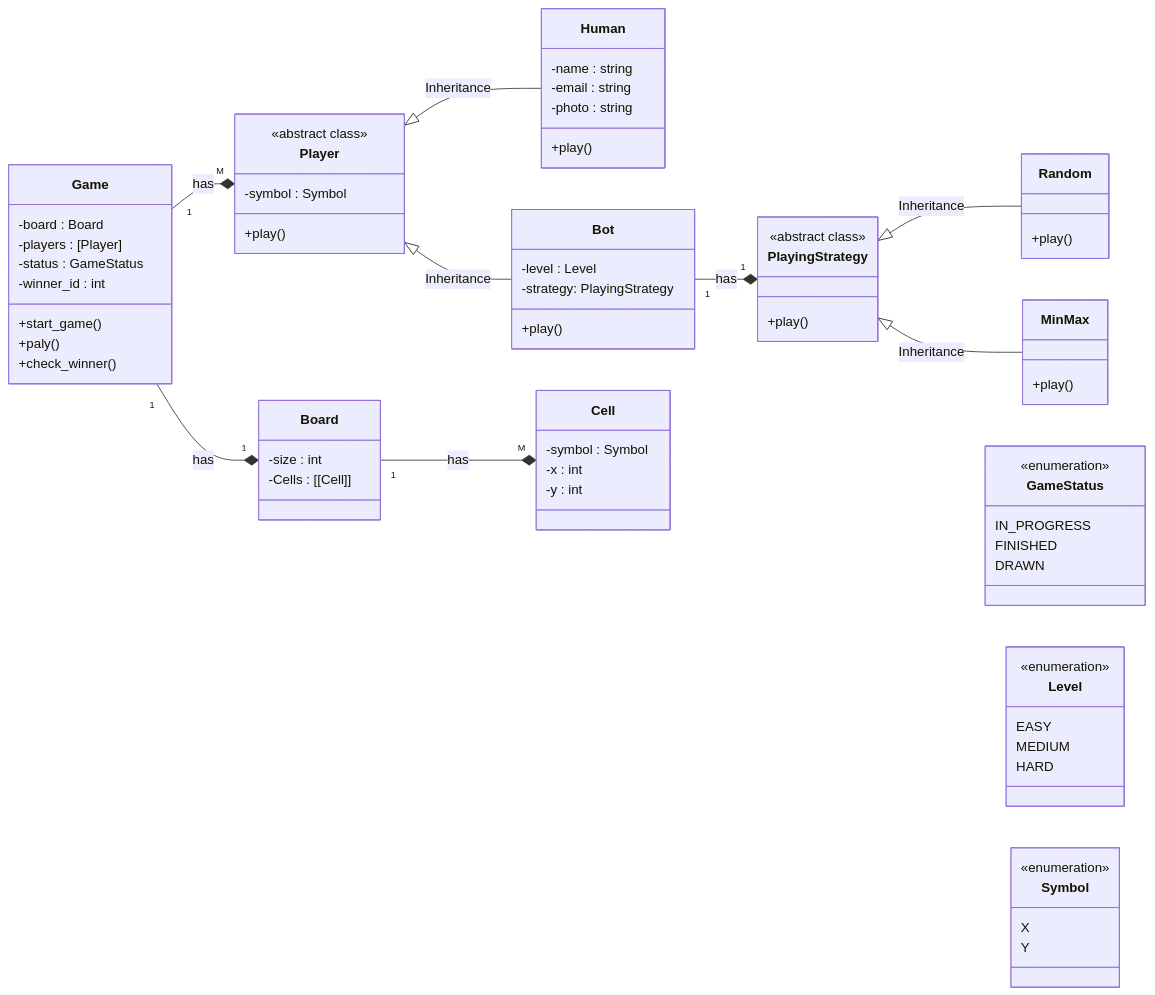
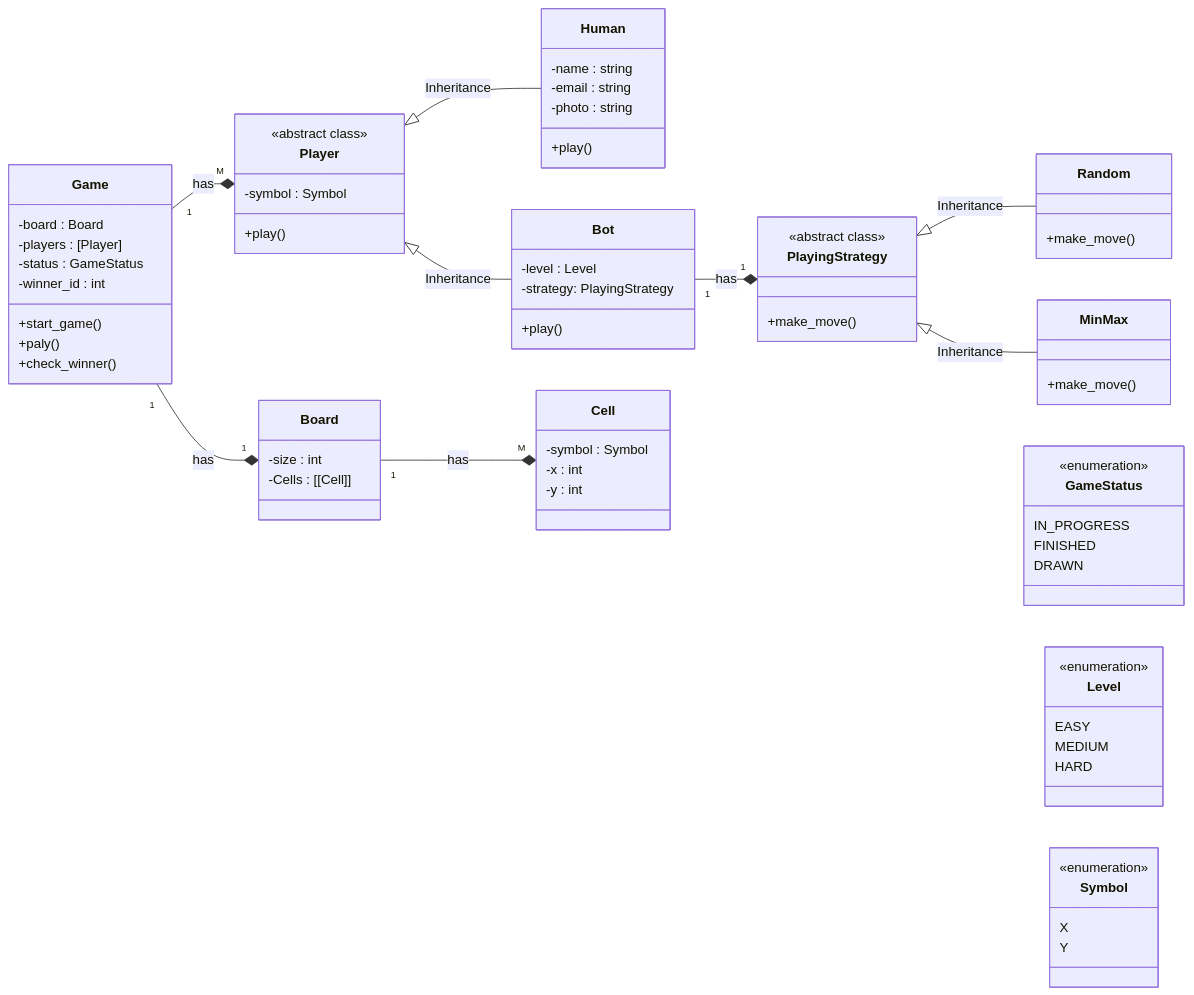
The diagram in lld/tic-tac-toe/v2_class_diagram.md (abheiie/interview), drawn with Mermaid before and after one commit. The commit also changed 1 other file, not shown here.

Commit message:
working on lld tic tac toe

```diff
--- a/lld/tic-tac-toe/v2_class_diagram.md
+++ b/lld/tic-tac-toe/v2_class_diagram.md
@@ -85,16 +85,15 @@
 }
 class PlayingStrategy{
     <<abstract class>>
-    +play()
+    +make_move()
 }
 
 class Random{
-    +play()
-
+    +make_move()
 }
 
 class MinMax{
-    +play()
+    +make_move()
 }
 
 class Board{
```
